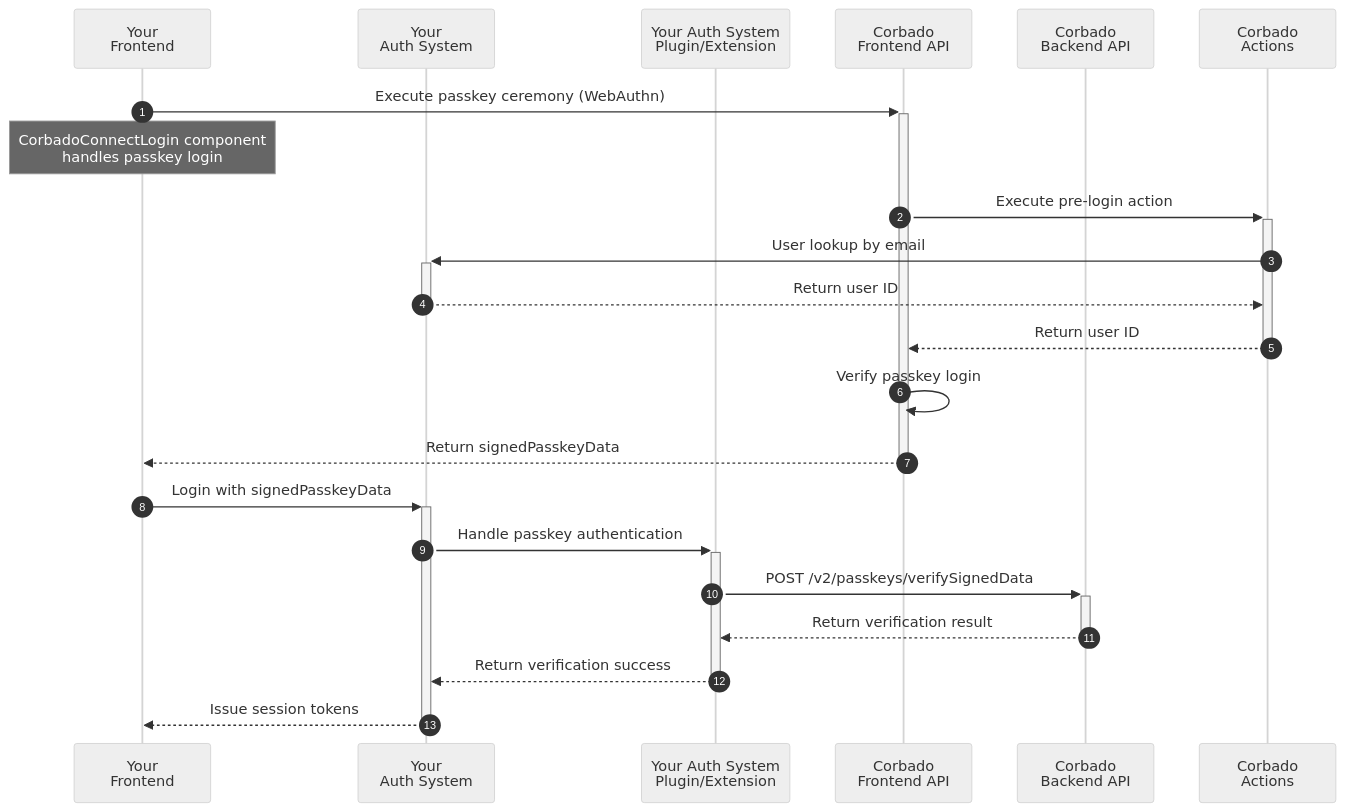
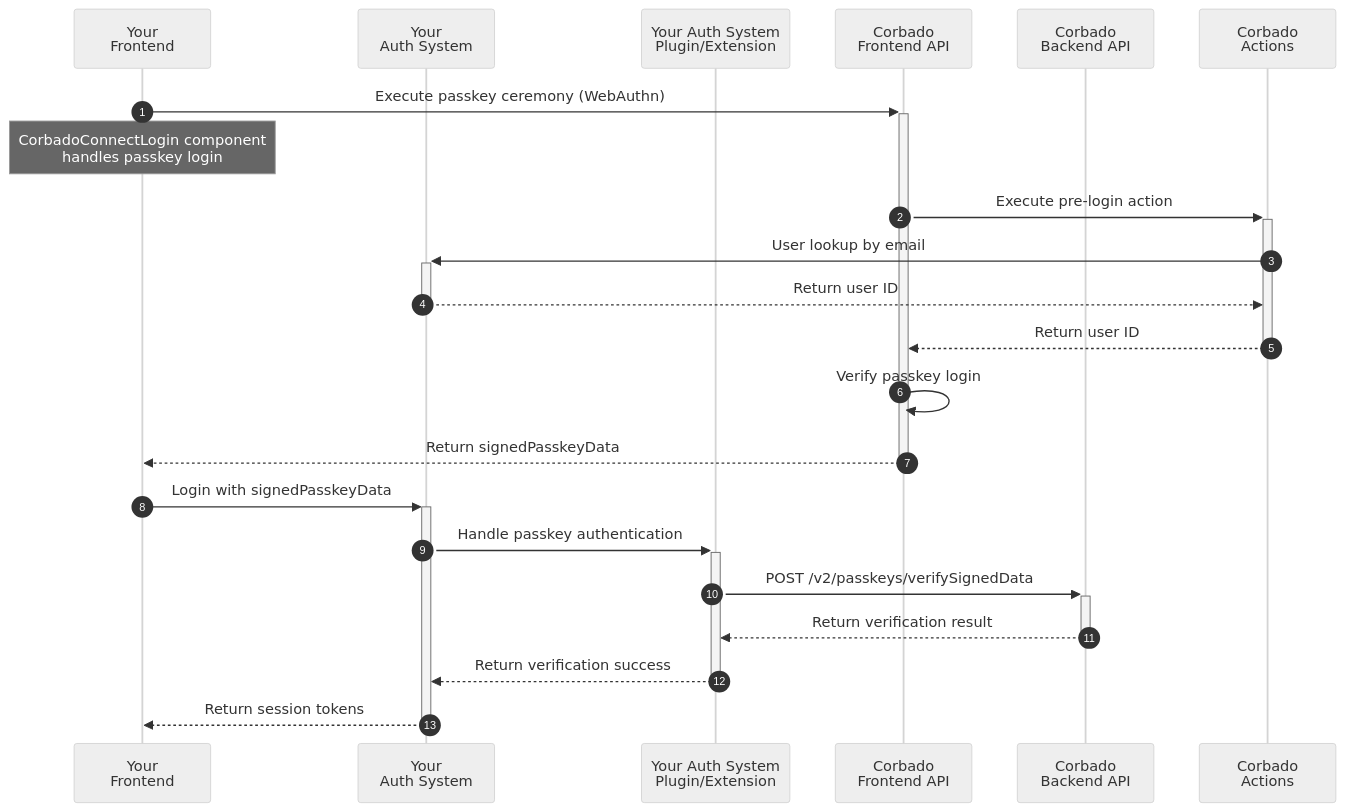
The second of 3 diagrams in corbado-connect/integration/generic.mdx (corbadotech/docs), drawn with Mermaid (neutral theme) before and after one commit. The commit also changed other lines of this file, not shown here.

````diff
--- a/corbado-connect/integration/generic.mdx
+++ b/corbado-connect/integration/generic.mdx
@@ -226,26 +226,26 @@
 ```mermaid
 sequenceDiagram
     autonumber
     participant Frontend as Your<br/>Frontend
     participant IdP as Your<br/>Auth System
     participant Plugin as Your Auth System<br/>Plugin/Extension
     participant FAPI as Corbado<br/>Frontend API
     participant BAPI as Corbado<br/>Backend API
     participant Actions as Corbado<br/>Actions
 
     Frontend->>+FAPI: Execute passkey ceremony (WebAuthn)
     Note over Frontend: CorbadoConnectLogin component<br/>handles passkey login
     FAPI->>+Actions: Execute pre-login action
     Actions->>+IdP: User lookup by email
     IdP-->>-Actions: Return user ID
     Actions-->>-FAPI: Return user ID
     FAPI->>FAPI: Verify passkey login
     FAPI-->>-Frontend: Return signedPasskeyData
 
     Frontend->>+IdP: Login with signedPasskeyData
     IdP->>+Plugin: Handle passkey authentication
     Plugin->>+BAPI: POST /v2/passkeys/verifySignedData
     BAPI-->>-Plugin: Return verification result
     Plugin-->>-IdP: Return verification success
-    IdP-->>-Frontend: Issue session tokens
+    IdP-->>-Frontend: Return session tokens
 ```
````
